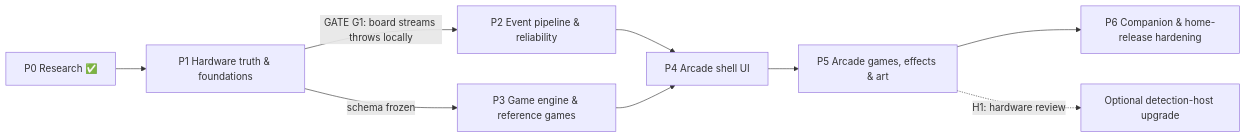
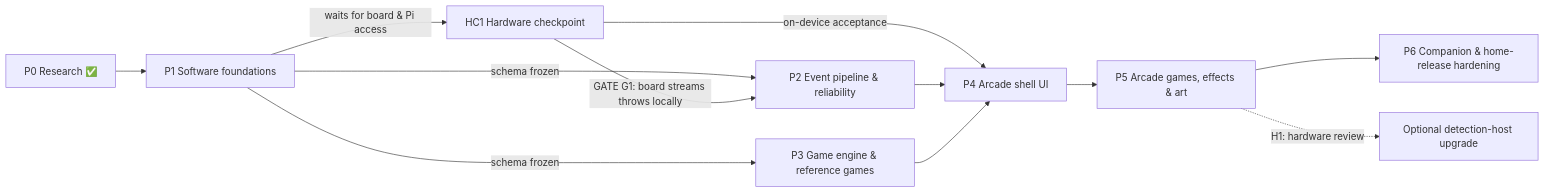
The diagram in ROADMAP.md (skiifr/AutoDarts-Arcade), drawn with Mermaid before and after one commit. The commit also changed other lines of this file and 4 other files, not shown here.

First line of the commit message:
Split Phase 1 into software foundations and hardware checkpoint HC1

````diff
--- a/ROADMAP.md
+++ b/ROADMAP.md
@@ -39,11 +39,14 @@
 ```mermaid
 flowchart LR
-  P0["P0 Research ✅"] --> P1["P1 Hardware truth & foundations"]
-  P1 -->|"GATE G1: board streams throws locally"| P2["P2 Event pipeline & reliability"]
+  P0["P0 Research ✅"] --> P1["P1 Software foundations"]
+  P1 -->|"schema frozen"| P2["P2 Event pipeline & reliability"]
   P1 -->|"schema frozen"| P3["P3 Game engine & reference games"]
-  P2 --> P4["P4 Arcade shell UI"]
+  P1 -->|"waits for board & Pi access"| HC1["HC1 Hardware checkpoint"]
+  HC1 -->|"GATE G1: board streams throws locally"| P2
+  HC1 -->|"on-device acceptance"| P4["P4 Arcade shell UI"]
+  P2 --> P4
   P3 --> P4
   P4 --> P5["P5 Arcade games, effects & art"]
   P5 --> P6["P6 Companion & home-release hardening"]
   P5 -.->|"H1: hardware review"| HW["Optional detection-host upgrade"]
 ```
````
